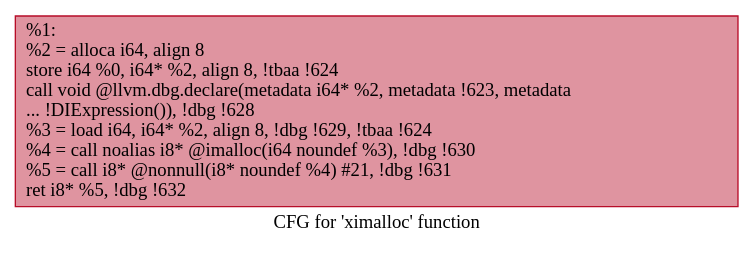
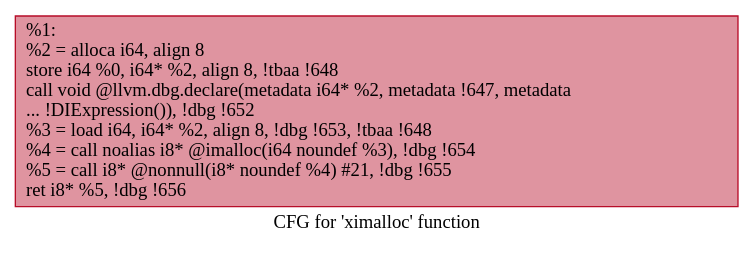
The diagram in src/experiments/coreutils/.ximalloc.dot (hmc-alpaqa/metrinome), drawn with Graphviz before and after one commit. The commit also changed 118 other files, not shown here.

```diff
--- a/src/experiments/coreutils/.ximalloc.dot
+++ b/src/experiments/coreutils/.ximalloc.dot
@@ -1,5 +1,5 @@
 digraph "CFG for 'ximalloc' function" {
 	label="CFG for 'ximalloc' function";
 
-	Node0x1d5e7c0 [shape=record,color="#b70d28ff", style=filled, fillcolor="#b70d2870",label="{%1:\l  %2 = alloca i64, align 8\l  store i64 %0, i64* %2, align 8, !tbaa !624\l  call void @llvm.dbg.declare(metadata i64* %2, metadata !623, metadata\l... !DIExpression()), !dbg !628\l  %3 = load i64, i64* %2, align 8, !dbg !629, !tbaa !624\l  %4 = call noalias i8* @imalloc(i64 noundef %3), !dbg !630\l  %5 = call i8* @nonnull(i8* noundef %4) #21, !dbg !631\l  ret i8* %5, !dbg !632\l}"];
+	Node0x25fb550 [shape=record,color="#b70d28ff", style=filled, fillcolor="#b70d2870",label="{%1:\l  %2 = alloca i64, align 8\l  store i64 %0, i64* %2, align 8, !tbaa !648\l  call void @llvm.dbg.declare(metadata i64* %2, metadata !647, metadata\l... !DIExpression()), !dbg !652\l  %3 = load i64, i64* %2, align 8, !dbg !653, !tbaa !648\l  %4 = call noalias i8* @imalloc(i64 noundef %3), !dbg !654\l  %5 = call i8* @nonnull(i8* noundef %4) #21, !dbg !655\l  ret i8* %5, !dbg !656\l}"];
 }
```
